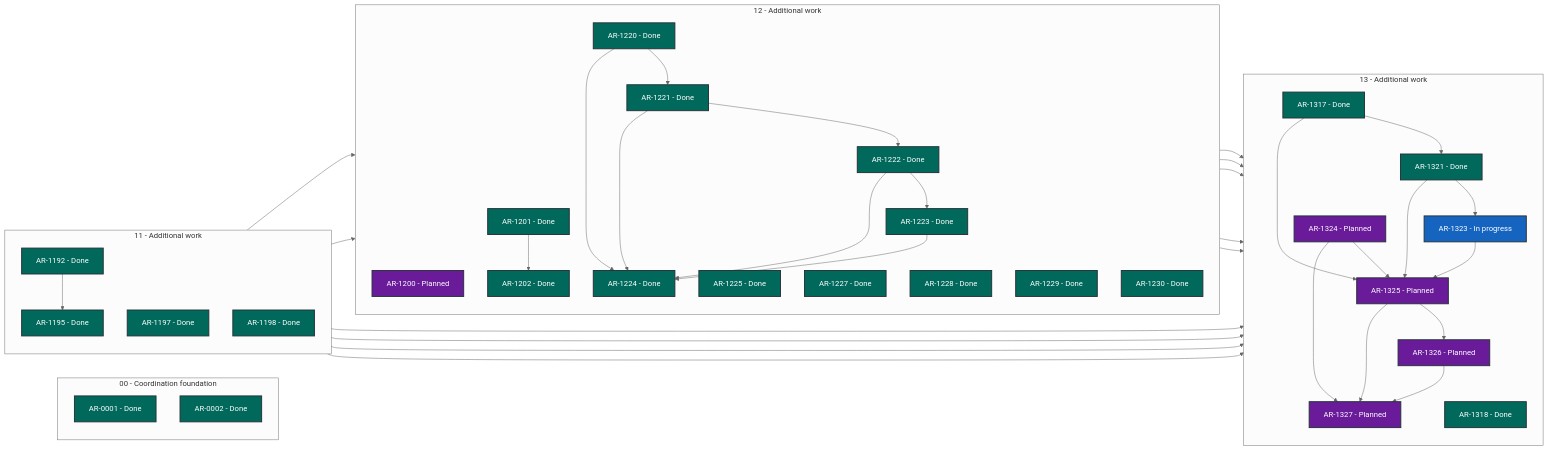
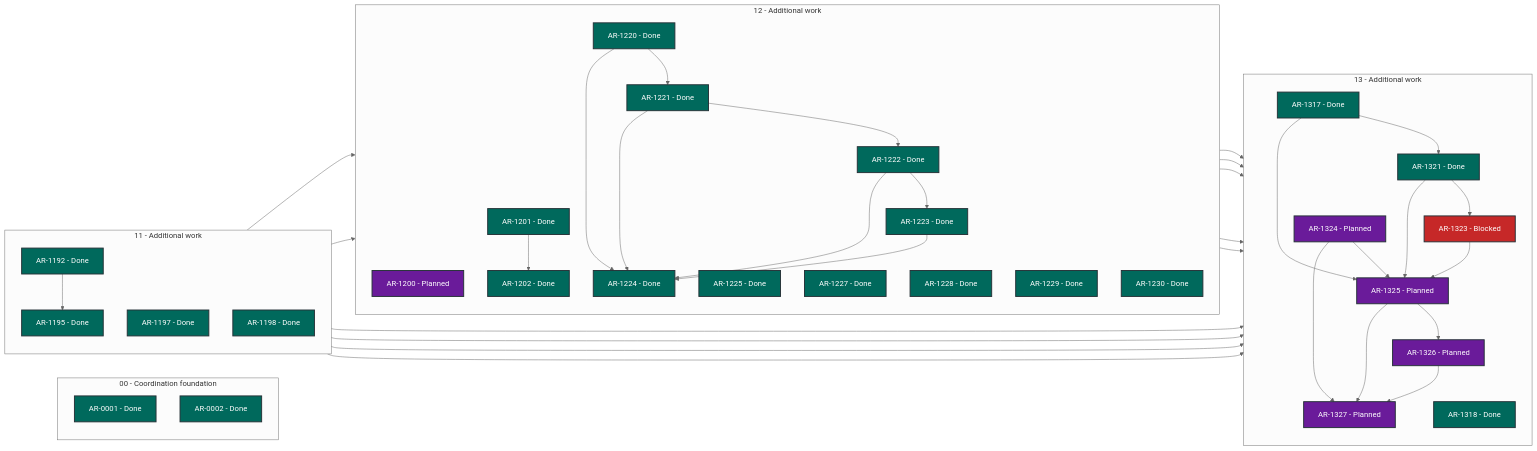
Before and after one commit to martin-beck/asb-tui-state: the diagram in STATUS.md, drawn with Mermaid (neutral theme). The commit also changed other lines of this file and 2 other files, not shown here.

````diff
--- a/STATUS.md
+++ b/STATUS.md
@@ -27,80 +27,80 @@
 ```mermaid
 flowchart LR
     subgraph series_00["00 - Coordination foundation"]
         direction TB
         AR_0001["AR-0001 - Done"]:::status_done
         AR_0002["AR-0002 - Done"]:::status_done
     end
     subgraph series_11["11 - Additional work"]
         direction TB
         AR_1192["AR-1192 - Done"]:::status_done
         AR_1195["AR-1195 - Done"]:::status_done
         AR_1197["AR-1197 - Done"]:::status_done
         AR_1198["AR-1198 - Done"]:::status_done
     end
     subgraph series_12["12 - Additional work"]
         direction TB
         AR_1200["AR-1200 - Planned"]:::status_planned
         AR_1201["AR-1201 - Done"]:::status_done
         AR_1202["AR-1202 - Done"]:::status_done
         AR_1220["AR-1220 - Done"]:::status_done
         AR_1221["AR-1221 - Done"]:::status_done
         AR_1222["AR-1222 - Done"]:::status_done
         AR_1223["AR-1223 - Done"]:::status_done
         AR_1224["AR-1224 - Done"]:::status_done
         AR_1225["AR-1225 - Done"]:::status_done
         AR_1227["AR-1227 - Done"]:::status_done
         AR_1228["AR-1228 - Done"]:::status_done
         AR_1229["AR-1229 - Done"]:::status_done
         AR_1230["AR-1230 - Done"]:::status_done
     end
     subgraph series_13["13 - Additional work"]
         direction TB
         AR_1317["AR-1317 - Done"]:::status_done
         AR_1318["AR-1318 - Done"]:::status_done
         AR_1321["AR-1321 - Done"]:::status_done
-        AR_1323["AR-1323 - In progress"]:::status_in_progress
+        AR_1323["AR-1323 - Blocked"]:::status_blocked
         AR_1324["AR-1324 - Planned"]:::status_planned
         AR_1325["AR-1325 - Planned"]:::status_planned
         AR_1326["AR-1326 - Planned"]:::status_planned
         AR_1327["AR-1327 - Planned"]:::status_planned
     end
     AR_1192 --> AR_1195
     AR_1192 --> AR_1317
     AR_1192 --> AR_1325
     AR_1195 --> AR_1200
     AR_1197 --> AR_1201
     AR_1197 --> AR_1317
     AR_1197 --> AR_1325
     AR_1200 --> AR_1324
     AR_1201 --> AR_1202
     AR_1220 --> AR_1221
     AR_1220 --> AR_1224
     AR_1221 --> AR_1222
     AR_1221 --> AR_1224
     AR_1222 --> AR_1223
     AR_1222 --> AR_1224
     AR_1222 --> AR_1326
     AR_1223 --> AR_1224
     AR_1223 --> AR_1326
     AR_1228 --> AR_1317
     AR_1229 --> AR_1317
     AR_1317 --> AR_1321
     AR_1317 --> AR_1325
     AR_1321 --> AR_1323
     AR_1321 --> AR_1325
     AR_1323 --> AR_1325
     AR_1324 --> AR_1325
     AR_1324 --> AR_1327
     AR_1325 --> AR_1326
     AR_1325 --> AR_1327
     AR_1326 --> AR_1327
     classDef status_in_progress fill:#1565c0,color:#ffffff,stroke:#263238,stroke-width:2px
     classDef status_open fill:#2e7d32,color:#ffffff,stroke:#263238,stroke-width:2px
     classDef status_blocked fill:#c62828,color:#ffffff,stroke:#263238,stroke-width:2px
     classDef status_planned fill:#6a1b9a,color:#ffffff,stroke:#263238,stroke-width:2px
     classDef status_future fill:#455a64,color:#ffffff,stroke:#263238,stroke-width:2px
     classDef status_done fill:#00695c,color:#ffffff,stroke:#263238,stroke-width:2px
     classDef status_cancelled fill:#616161,color:#ffffff,stroke:#263238,stroke-width:2px
     classDef status_superseded fill:#5d4037,color:#ffffff,stroke:#263238,stroke-width:2px
 ```
````
